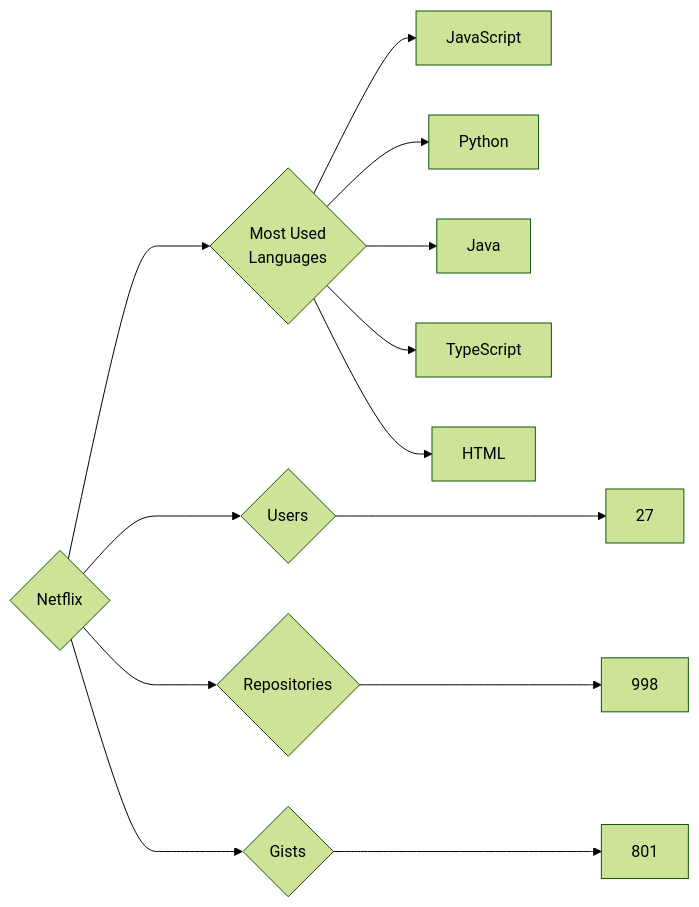
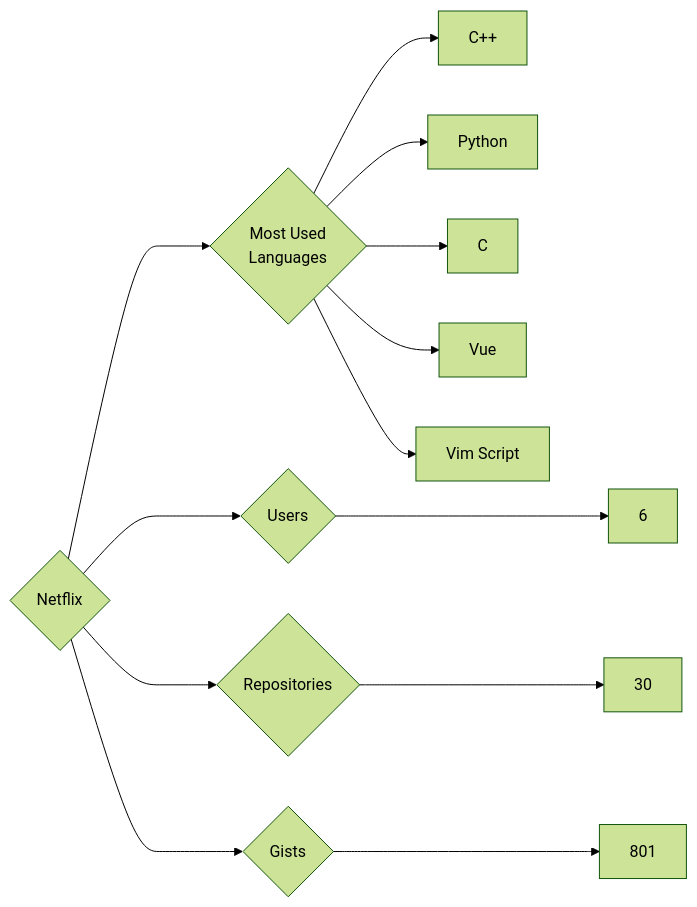
One commit to trickest/insiders changed the diagram in targets/Netflix/README.md. Above: the diagram before and after it, drawn with Mermaid (forest theme). The commit also changed 1496 other files, not shown here.

````diff
--- a/targets/Netflix/README.md
+++ b/targets/Netflix/README.md
@@ -3,13 +3,13 @@
 ```mermaid
 graph LR
 COMPANY_NAME{Netflix}
-COMPANY_NAME ---> U{Users} ---> UN[27]
-COMPANY_NAME ---> R{Repositories} ---> RN[998]
+COMPANY_NAME ---> U{Users} ---> UN[6]
+COMPANY_NAME ---> R{Repositories} ---> RN[30]
 COMPANY_NAME ---> G{Gists} ---> GN[801]
 COMPANY_NAME ---> ML{Most Used<br>Languages}
-ML --> JavaScript[JavaScript]
+ML --> C++[C++]
 ML --> Python[Python]
-ML --> Java[Java]
-ML --> TypeScript[TypeScript]
-ML --> HTML[HTML]
+ML --> C[C]
+ML --> Vue[Vue]
+ML --> Vim_Script[Vim Script]
 ```
````
